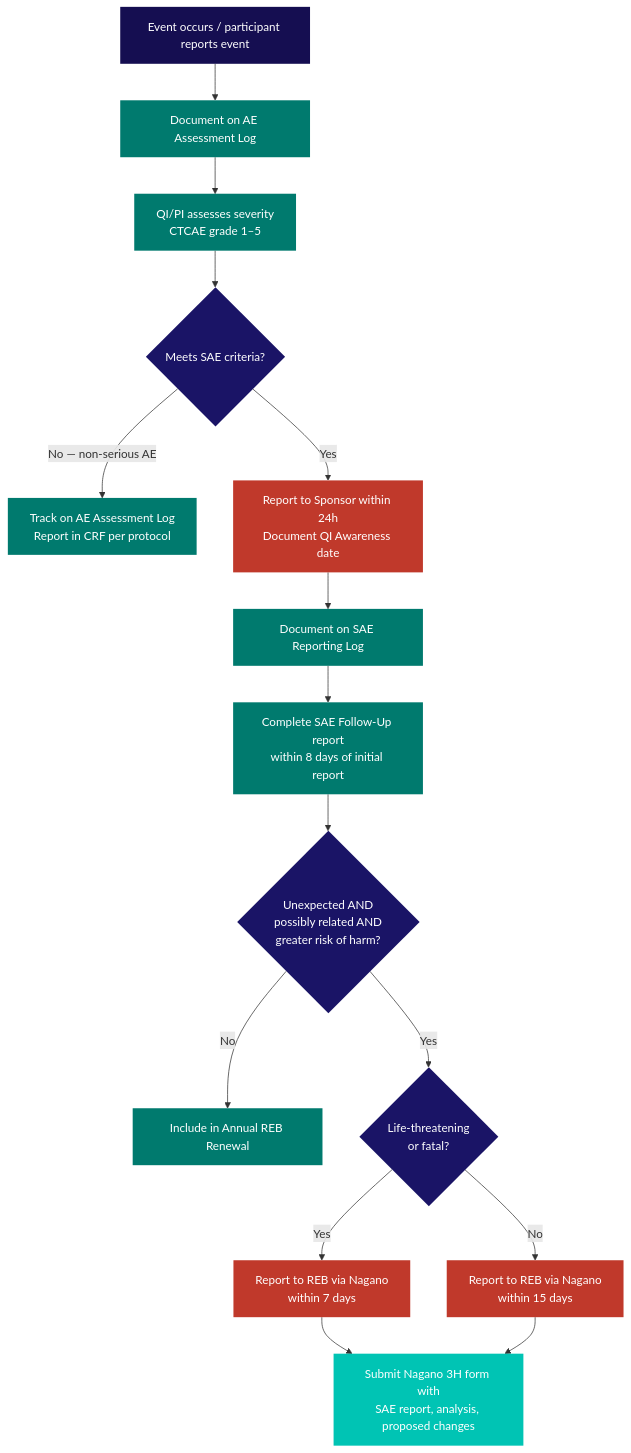
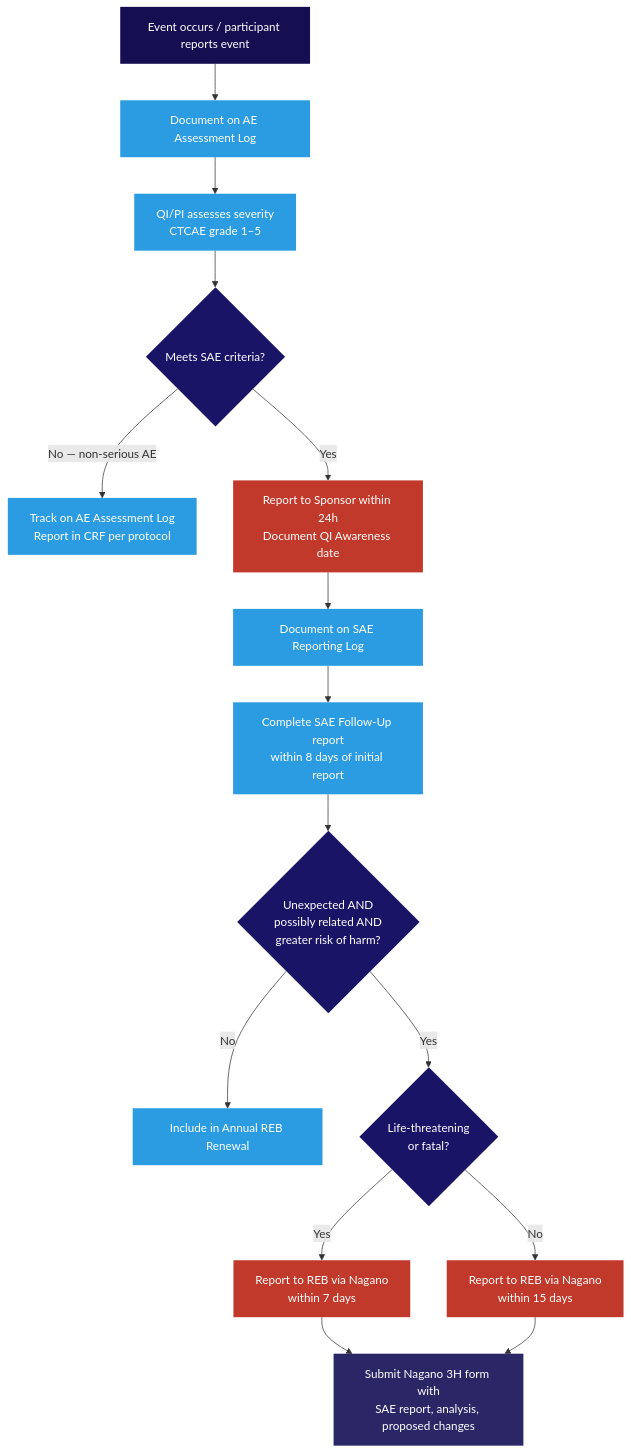
Before and after one commit to matthewfiorentino/docs: the diagram in sops/cr-012.mdx, drawn with Mermaid. The commit also changed 36 other files, not shown here.

````diff
--- a/sops/cr-012.mdx
+++ b/sops/cr-012.mdx
@@ -72,32 +72,32 @@
 ```mermaid
 flowchart TD
     A[Event occurs / participant reports event] --> B[Document on AE Assessment Log]
     B --> C[QI/PI assesses severity\nCTCAE grade 1–5]
     C --> D{Meets SAE criteria?}
     D -->|No — non-serious AE| E[Track on AE Assessment Log\nReport in CRF per protocol]
     D -->|Yes| F[Report to Sponsor within 24h\nDocument QI Awareness date]
     F --> G[Document on SAE Reporting Log]
     G --> H[Complete SAE Follow-Up report\nwithin 8 days of initial report]
     H --> I{Unexpected AND\npossibly related AND\ngreater risk of harm?}
     I -->|No| J[Include in Annual REB Renewal]
     I -->|Yes| K{Life-threatening\nor fatal?}
     K -->|Yes| L[Report to REB via Nagano\nwithin 7 days]
     K -->|No| M[Report to REB via Nagano\nwithin 15 days]
     L --> N[Submit Nagano 3H form with\nSAE report, analysis, proposed changes]
     M --> N
 
     style A fill:#150e51,color:#fff,stroke:none
-    style B fill:#007a6e,color:#fff,stroke:none
-    style C fill:#007a6e,color:#fff,stroke:none
+    style B fill:#2b9ce2,color:#fff,stroke:none
+    style C fill:#2b9ce2,color:#fff,stroke:none
     style D fill:#1a1466,color:#fff,stroke:none
-    style E fill:#007a6e,color:#fff,stroke:none
+    style E fill:#2b9ce2,color:#fff,stroke:none
     style F fill:#c0392b,color:#fff,stroke:none
-    style G fill:#007a6e,color:#fff,stroke:none
-    style H fill:#007a6e,color:#fff,stroke:none
+    style G fill:#2b9ce2,color:#fff,stroke:none
+    style H fill:#2b9ce2,color:#fff,stroke:none
     style I fill:#1a1466,color:#fff,stroke:none
-    style J fill:#007a6e,color:#fff,stroke:none
+    style J fill:#2b9ce2,color:#fff,stroke:none
     style K fill:#1a1466,color:#fff,stroke:none
     style L fill:#c0392b,color:#fff,stroke:none
     style M fill:#c0392b,color:#fff,stroke:none
-    style N fill:#00c4b4,color:#fff,stroke:none
+    style N fill:#2b2666,color:#fff,stroke:none
 ```
````
